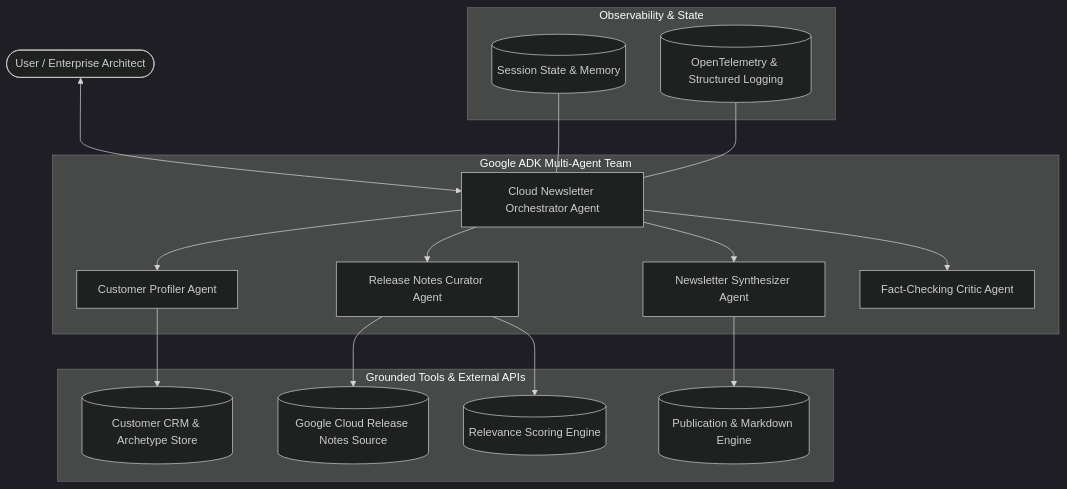
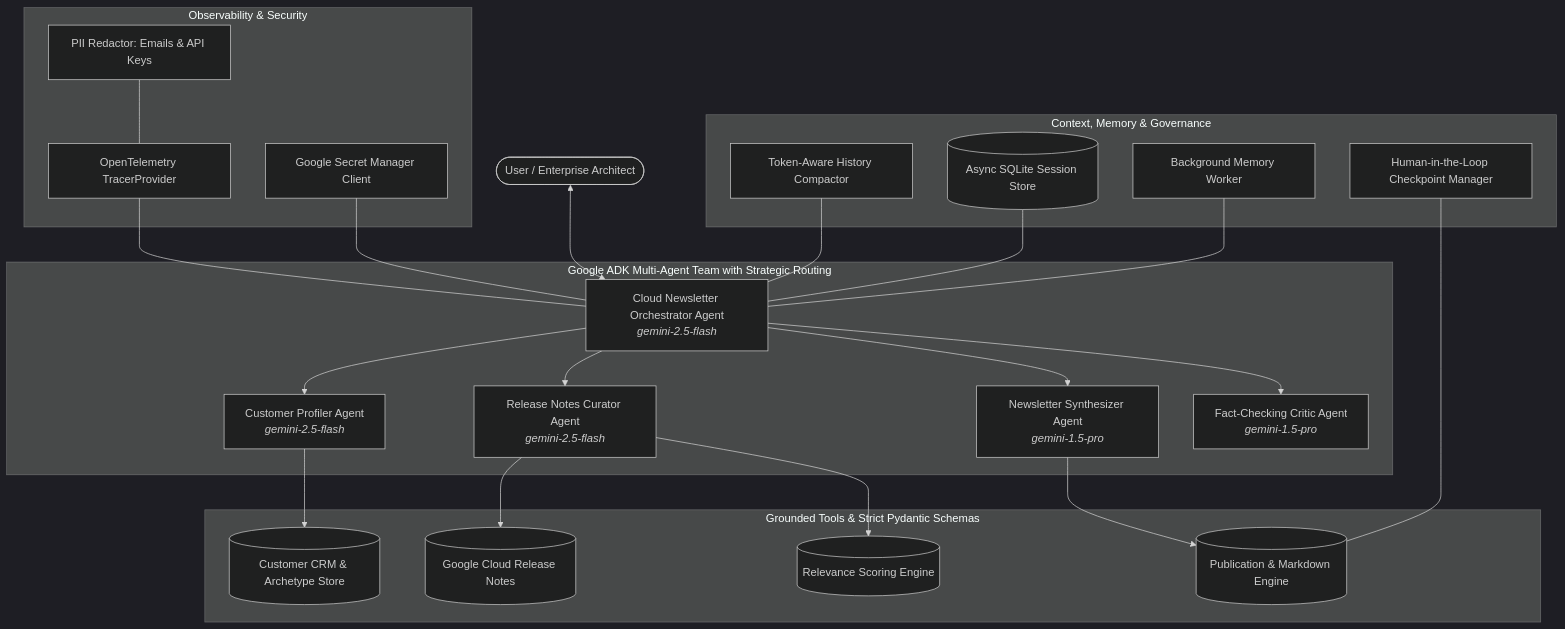
One commit to dprzek/fivedaysofai changed the diagram in README.md. Above: the diagram before and after it, drawn with Mermaid (dark theme). The commit also changed other lines of this file, not shown here.

Commit message:
docs: update README with complete 95/95 architecture, benchmarks, and quickstart

````diff
--- a/README.md
+++ b/README.md
@@ -16,23 +15,31 @@
 ```mermaid
 graph TD
-    User([User / Enterprise Architect]) <--> Orchestrator[Cloud Newsletter Orchestrator Agent]
+    User([User / Enterprise Architect]) <--> Orchestrator[Cloud Newsletter Orchestrator Agent<br/><i>gemini-2.5-flash</i>]
     
-    subgraph MultiAgentSystem [Google ADK Multi-Agent Team]
-        Orchestrator --> Profiler[Customer Profiler Agent]
-        Orchestrator --> Curator[Release Notes Curator Agent]
-        Orchestrator --> Synthesizer[Newsletter Synthesizer Agent]
-        Orchestrator --> Critic[Fact-Checking Critic Agent]
+    subgraph MultiAgentSystem [Google ADK Multi-Agent Team with Strategic Routing]
+        Orchestrator --> Profiler[Customer Profiler Agent<br/><i>gemini-2.5-flash</i>]
+        Orchestrator --> Curator[Release Notes Curator Agent<br/><i>gemini-2.5-flash</i>]
+        Orchestrator --> Synthesizer[Newsletter Synthesizer Agent<br/><i>gemini-1.5-pro</i>]
+        Orchestrator --> Critic[Fact-Checking Critic Agent<br/><i>gemini-1.5-pro</i>]
     end
     
-    subgraph ToolEcosystem [Grounded Tools & External APIs]
+    subgraph ToolEcosystem [Grounded Tools & Strict Pydantic Schemas]
         Profiler --> CRM[(Customer CRM & Archetype Store)]
-        Curator --> Scraper[(Google Cloud Release Notes Source)]
+        Curator --> Scraper[(Google Cloud Release Notes)]
         Curator --> Ranker[(Relevance Scoring Engine)]
         Synthesizer --> Publisher[(Publication & Markdown Engine)]
     end
+
+    subgraph GovernanceMemory [Context, Memory & Governance]
+        Compactor[Token-Aware History Compactor] --- Orchestrator
+        AsyncStore[(Async SQLite Session Store)] --- Orchestrator
+        BgWorker[Background Memory Worker] --- Orchestrator
+        HITL[Human-in-the-Loop Checkpoint Manager] --- Publisher
+    end
     
-    subgraph Observability [Observability & State]
-        State[(Session State & Memory)] --- Orchestrator
-        Telemetry[(OpenTelemetry & Structured Logging)] --- Orchestrator
+    subgraph ObservabilitySecurity [Observability & Security]
+        OTel[OpenTelemetry TracerProvider] --- Orchestrator
+        PII[PII Redactor: Emails & API Keys] --- OTel
+        GSM[Google Secret Manager Client] --- Orchestrator
     end
 ```
````
